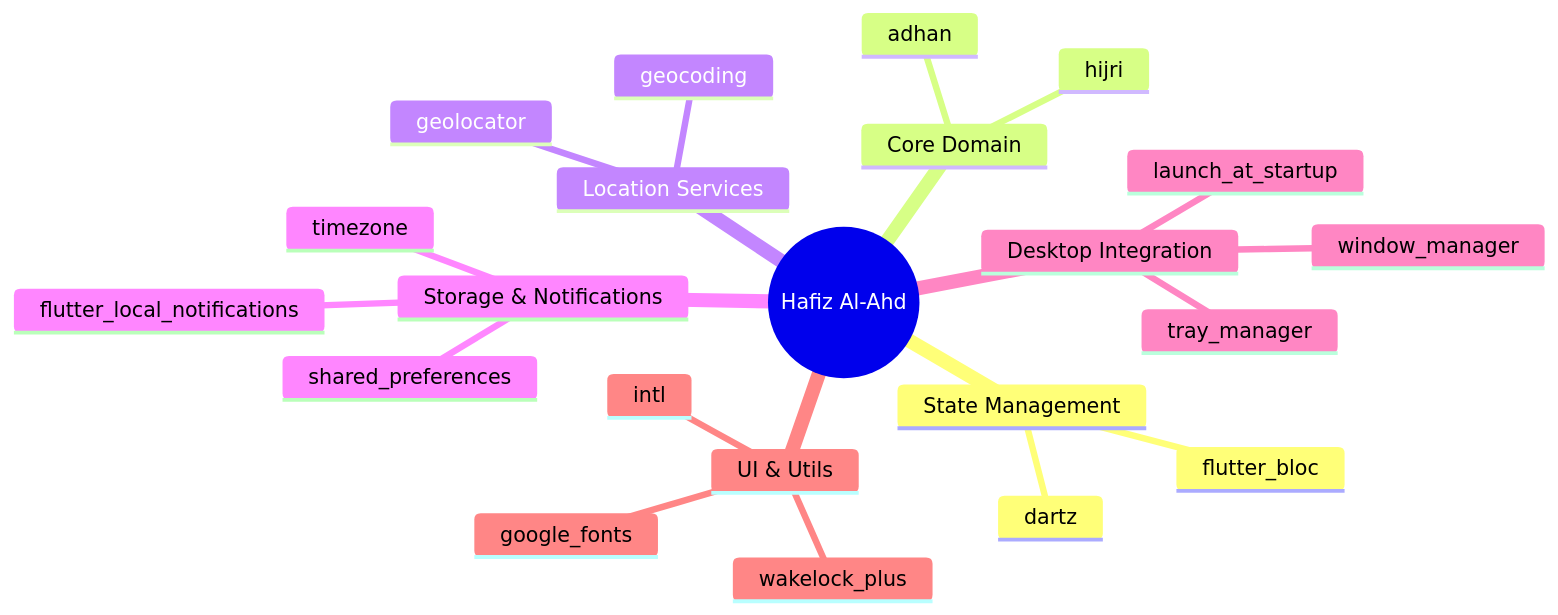
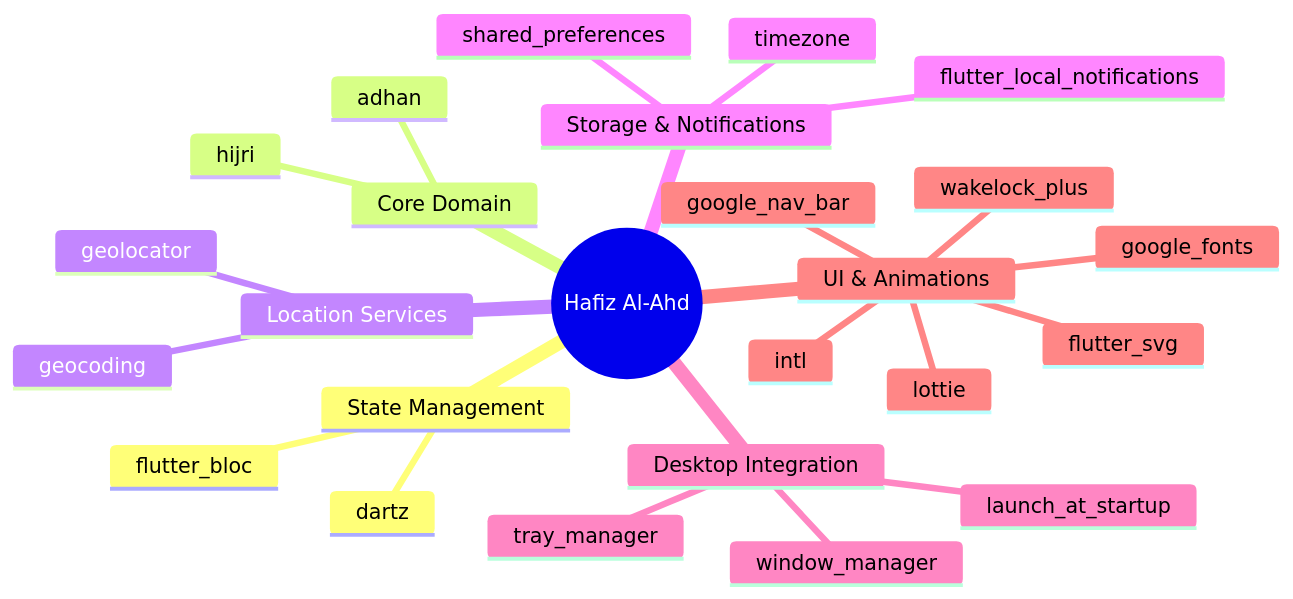
The second of 2 diagrams in COMPREHENSIVE_DOCUMENTATION.md (shady-ateff/hafiz_al_ahd), drawn with Mermaid before and after one commit. The commit also changed other lines of this file and 1 other file, not shown here.

````diff
--- a/COMPREHENSIVE_DOCUMENTATION.md
+++ b/COMPREHENSIVE_DOCUMENTATION.md
@@ -61,25 +65,28 @@
 ```mermaid
 mindmap
   root((Hafiz Al-Ahd))
     State Management
       flutter_bloc
       dartz
     Core Domain
       adhan
       hijri
     Location Services
       geolocator
       geocoding
     Storage & Notifications
       shared_preferences
       flutter_local_notifications
       timezone
     Desktop Integration
       window_manager
       tray_manager
       launch_at_startup
-    UI & Utils
+    UI & Animations
+      google_nav_bar
+      flutter_svg
+      lottie
       intl
       wakelock_plus
       google_fonts
 ```
````
